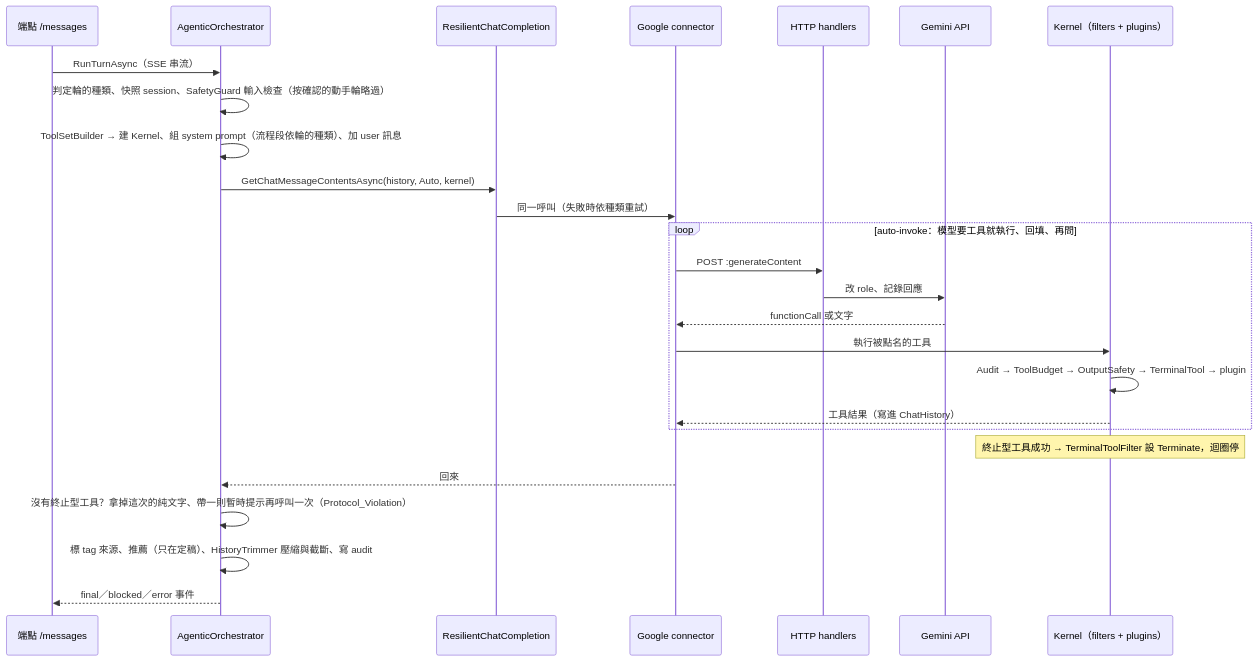
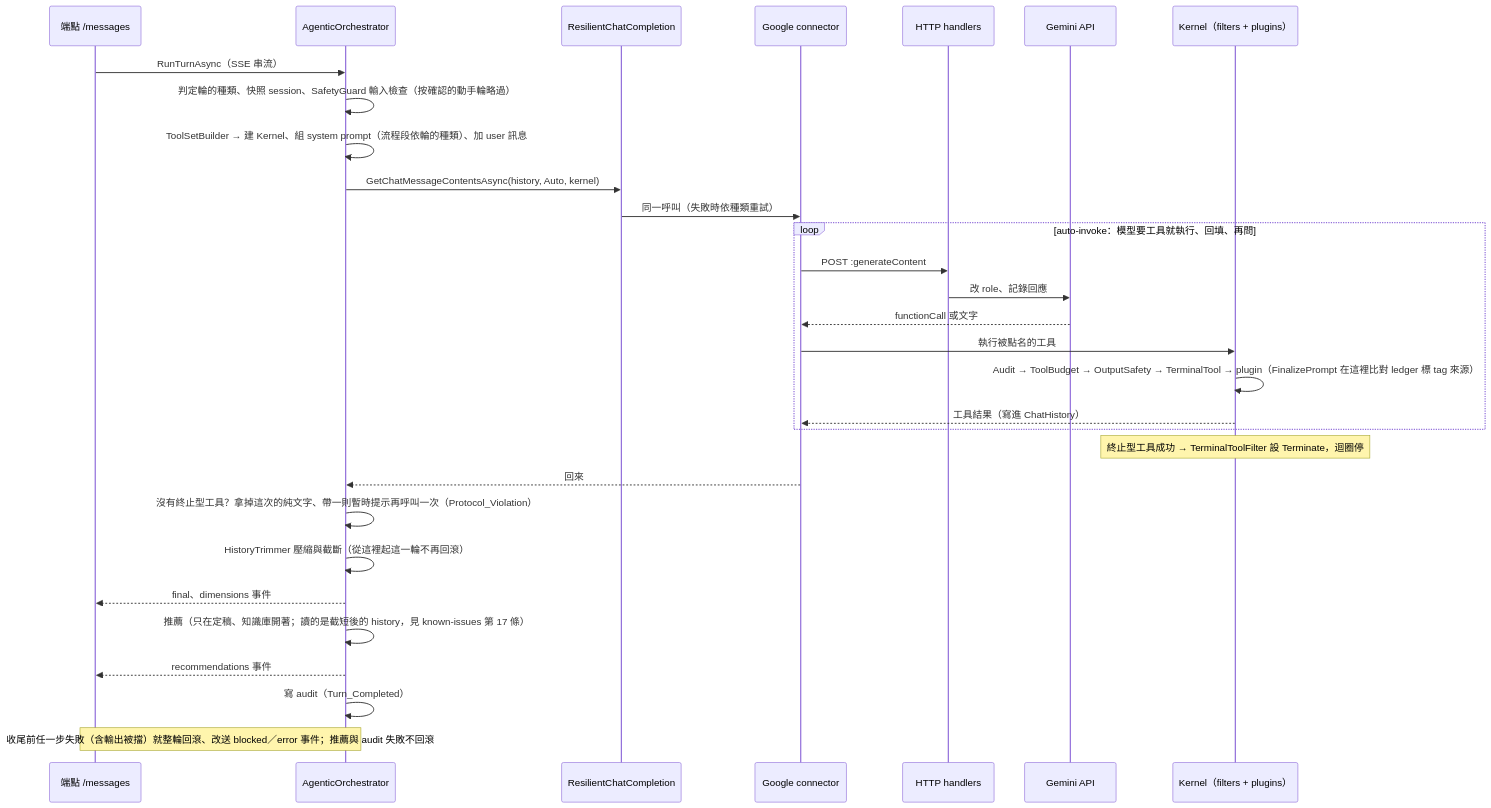
One commit to zhengjielin2018-web/GenAIPromptCopilot changed the second of 2 diagrams in docs/SK架構說明.md. Above: the diagram before and after it, drawn with Mermaid. The commit also changed 4 other files, not shown here.

````diff
--- a/docs/SK架構說明.md
+++ b/docs/SK架構說明.md
@@ -90,29 +90,33 @@
 ```mermaid
 sequenceDiagram
     participant E as 端點 /messages
     participant O as AgenticOrchestrator
     participant R as ResilientChatCompletion
     participant C as Google connector
     participant H as HTTP handlers
     participant G as Gemini API
     participant K as Kernel（filters + plugins）
 
     E->>O: RunTurnAsync（SSE 串流）
     O->>O: 判定輪的種類、快照 session、SafetyGuard 輸入檢查（按確認的動手輪略過）
     O->>O: ToolSetBuilder → 建 Kernel、組 system prompt（流程段依輪的種類）、加 user 訊息
     O->>R: GetChatMessageContentsAsync(history, Auto, kernel)
     R->>C: 同一呼叫（失敗時依種類重試）
     loop auto-invoke：模型要工具就執行、回填、再問
         C->>H: POST :generateContent
         H->>G: 改 role、記錄回應
         G-->>C: functionCall 或文字
         C->>K: 執行被點名的工具
-        K->>K: Audit → ToolBudget → OutputSafety → TerminalTool → plugin
+        K->>K: Audit → ToolBudget → OutputSafety → TerminalTool → plugin（FinalizePrompt 在這裡比對 ledger 標 tag 來源）
         K-->>C: 工具結果（寫進 ChatHistory）
     end
     Note over K: 終止型工具成功 → TerminalToolFilter 設 Terminate，迴圈停
     C-->>O: 回來
     O->>O: 沒有終止型工具？拿掉這次的純文字、帶一則暫時提示再呼叫一次（Protocol_Violation）
-    O->>O: 標 tag 來源、推薦（只在定稿）、HistoryTrimmer 壓縮與截斷、寫 audit
-    O-->>E: final／blocked／error 事件
+    O->>O: HistoryTrimmer 壓縮與截斷（從這裡起這一輪不再回滾）
+    O-->>E: final、dimensions 事件
+    O->>O: 推薦（只在定稿、知識庫開著；讀的是截短後的 history，見 known-issues 第 17 條）
+    O-->>E: recommendations 事件
+    O->>O: 寫 audit（Turn_Completed）
+    Note over E,O: 收尾前任一步失敗（含輸出被擋）就整輪回滾、改送 blocked／error 事件；推薦與 audit 失敗不回滾
 ```
````
